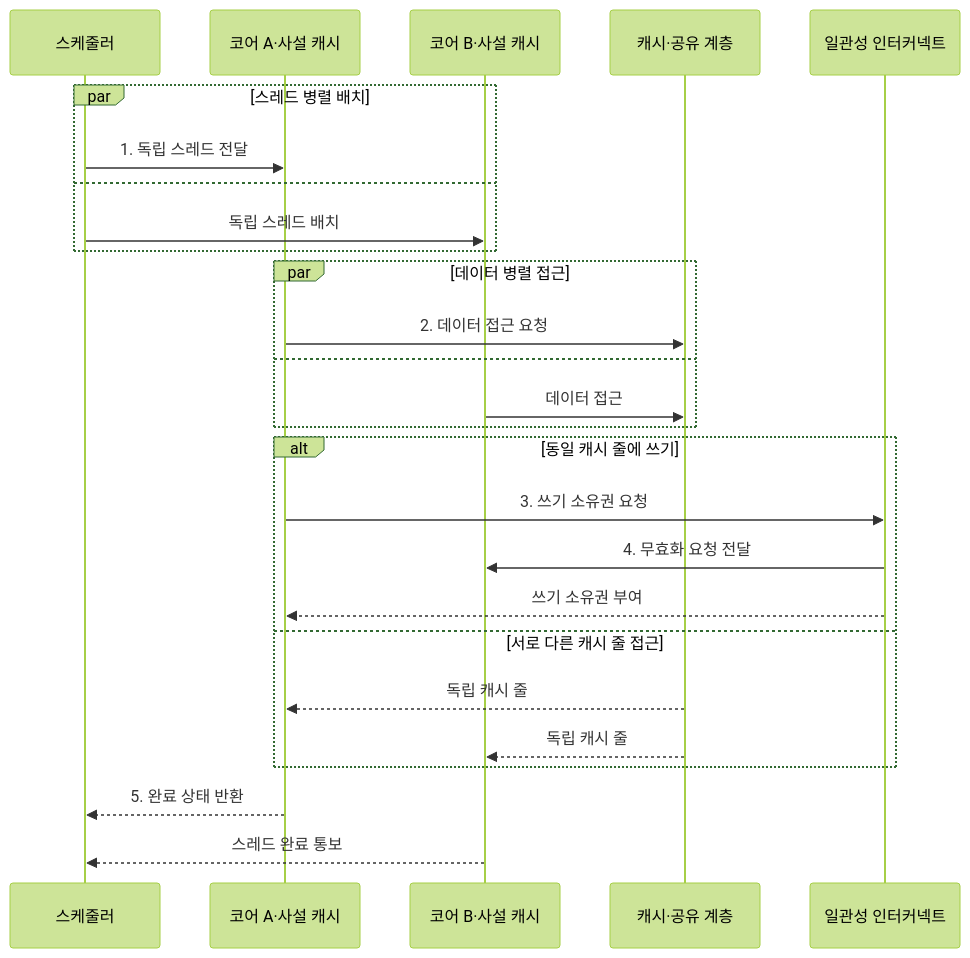
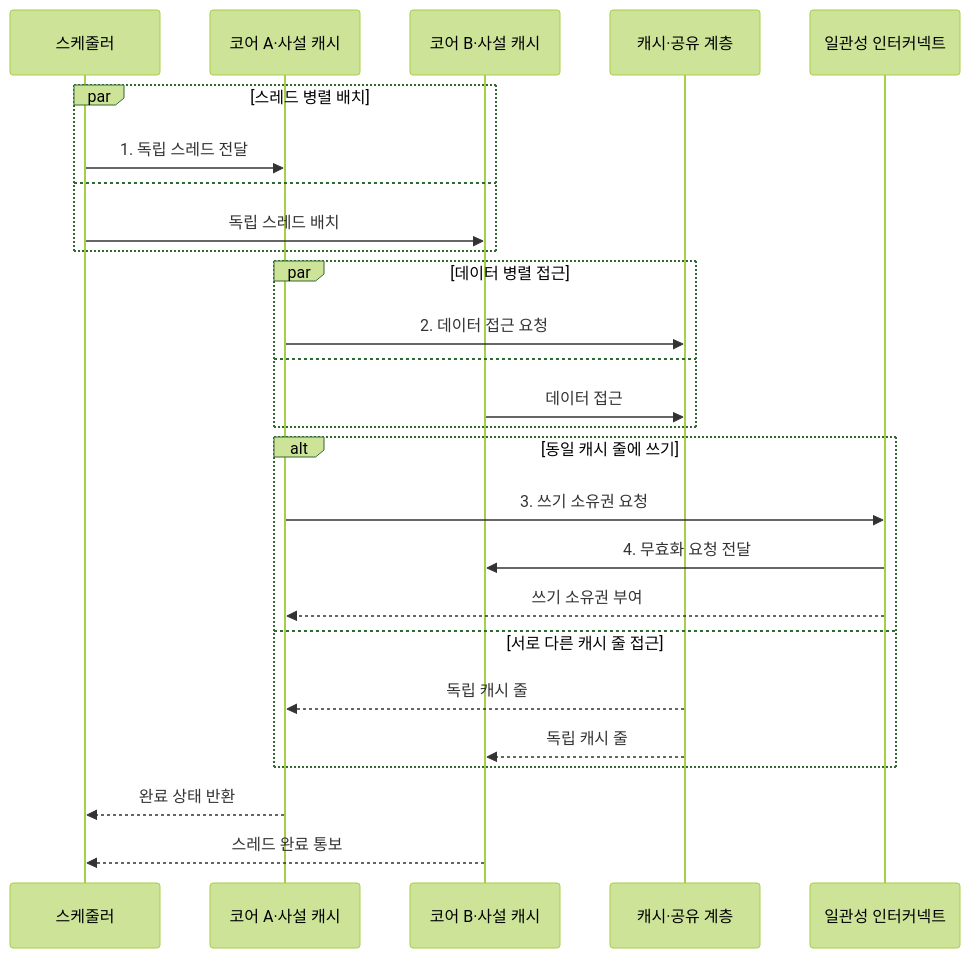
One commit to agnusdei1207/knowledge-base changed the second of 2 diagrams in src/content/docs/notes/02-hardware/010_multicore_processor.md. Above: the diagram before and after it, drawn with Mermaid (forest theme). The commit also changed other lines of this file and 15 other files, not shown here.

````diff
--- a/src/content/docs/notes/02-hardware/010_multicore_processor.md
+++ b/src/content/docs/notes/02-hardware/010_multicore_processor.md
@@ -84,29 +84,29 @@
 ```mermaid
 sequenceDiagram
     participant S as 스케줄러
     participant A as 코어 A·사설 캐시
     participant B as 코어 B·사설 캐시
     participant L as 캐시·공유 계층
     participant I as 일관성 인터커넥트
 
     par 스레드 병렬 배치
         S->>A: 1. 독립 스레드 전달
     and
         S->>B: 독립 스레드 배치
     end
     par 데이터 병렬 접근
         A->>L: 2. 데이터 접근 요청
     and
         B->>L: 데이터 접근
     end
     alt 동일 캐시 줄에 쓰기
         A->>I: 3. 쓰기 소유권 요청
         I->>B: 4. 무효화 요청 전달
         I-->>A: 쓰기 소유권 부여
     else 서로 다른 캐시 줄 접근
         L-->>A: 독립 캐시 줄
         L-->>B: 독립 캐시 줄
     end
-    A-->>S: 5. 완료 상태 반환
+    A-->>S: 완료 상태 반환
     B-->>S: 스레드 완료 통보
 ```
````
